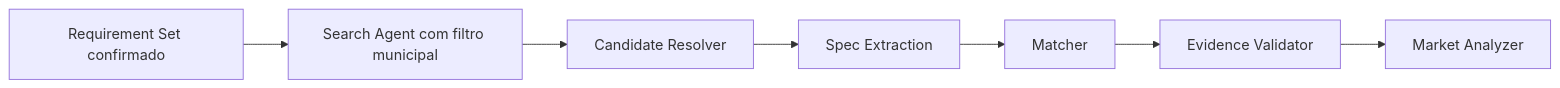
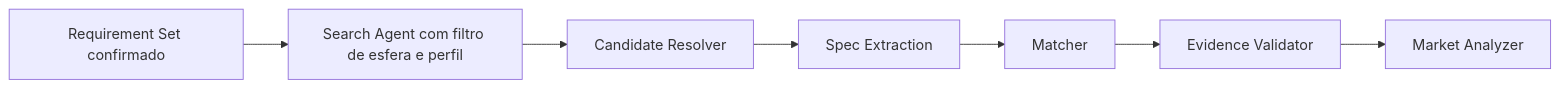
Before and after one commit to augustoFranke/licita: the third of 4 diagrams in docs/03_USAGE_FLOWS.md, drawn with Mermaid. The commit also changed other lines of this file and 34 other files, not shown here.

````diff
--- a/docs/03_USAGE_FLOWS.md
+++ b/docs/03_USAGE_FLOWS.md
@@ -175,9 +181,9 @@
 ```mermaid
 flowchart LR
-    A[Requirement Set confirmado] --> B[Search Agent com filtro municipal]
+    A[Requirement Set confirmado] --> B[Search Agent com filtro de esfera e perfil]
     B --> C[Candidate Resolver]
     C --> D[Spec Extraction]
     D --> E[Matcher]
     E --> F[Evidence Validator]
     F --> G[Market Analyzer]
 ```
````
